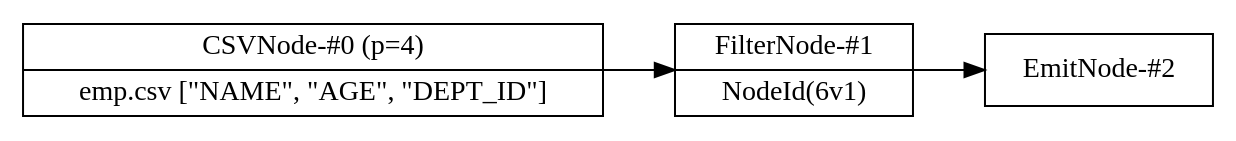
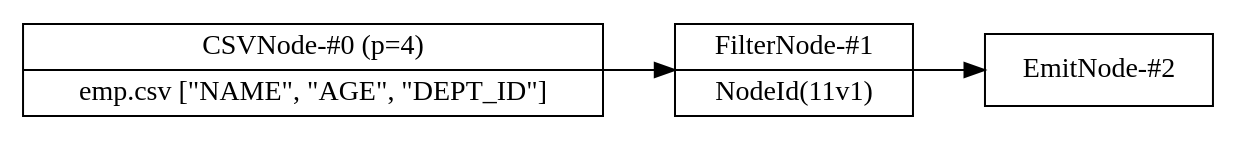
Before and after one commit to adarshpannu/kona: the diagram in flow.dot, drawn with Graphviz. The commit also changed 11 other files, not shown here.

```diff
--- a/flow.dot
+++ b/flow.dot
@@ -1,11 +1,11 @@
 digraph example1 {
     node [shape=record];
     rankdir=LR;
     splines=polyline;
     nodesep=0.5;
     Node0[label="CSVNode-#0 (p=4)|emp.csv [\"NAME\", \"AGE\", \"DEPT_ID\"]"];
-    Node1[label="FilterNode-#1|NodeId(6v1)"];
+    Node1[label="FilterNode-#1|NodeId(11v1)"];
     Node0 -> Node1;
     Node2[label="EmitNode-#2"];
     Node1 -> Node2;
 }
```
